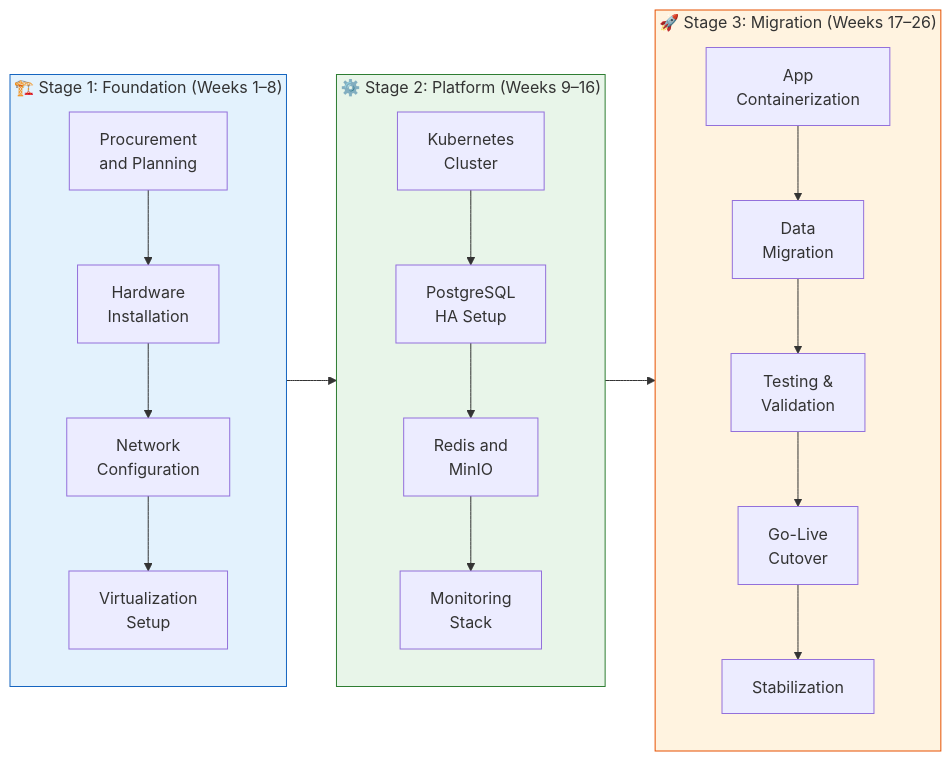
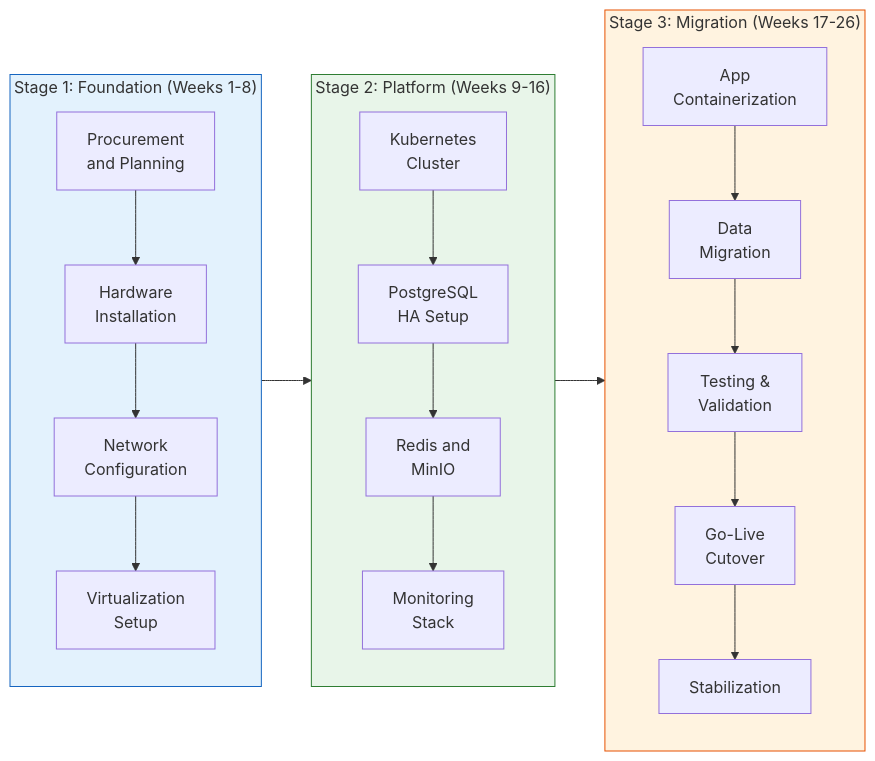
Before and after one commit to Shasi19/Azure-VxRail-VMware-Migration: the third of 6 diagrams in docs/Volume-2-Migration-Strategy/01-Migration-Overview.md, drawn with Mermaid. The commit also changed other lines of this file and 7 other files, not shown here.

First line of the commit message:
Fix all remaining Mermaid render issues across all files

````diff
--- a/docs/Volume-2-Migration-Strategy/01-Migration-Overview.md
+++ b/docs/Volume-2-Migration-Strategy/01-Migration-Overview.md
@@ -126,25 +126,25 @@
 ```mermaid
 graph LR
-    subgraph S1["🏗️ Stage 1: Foundation (Weeks 1–8)"]
+    subgraph S1["Stage 1: Foundation (Weeks 1-8)"]
         T1A[Procurement\nand Planning] --> T1B[Hardware\nInstallation]
         T1B --> T1C[Network\nConfiguration]
         T1C --> T1D[Virtualization\nSetup]
     end
-    subgraph S2["⚙️ Stage 2: Platform (Weeks 9–16)"]
+    subgraph S2["Stage 2: Platform (Weeks 9-16)"]
         T2A[Kubernetes\nCluster] --> T2B[PostgreSQL\nHA Setup]
         T2B --> T2C[Redis and\nMinIO]
         T2C --> T2D[Monitoring\nStack]
     end
-    subgraph S3["🚀 Stage 3: Migration (Weeks 17–26)"]
+    subgraph S3["Stage 3: Migration (Weeks 17-26)"]
         T3A[App\nContainerization] --> T3B[Data\nMigration]
         T3B --> T3C[Testing &\nValidation]
         T3C --> T3D[Go-Live\nCutover]
         T3D --> T3E[Stabilization]
     end
 
     S1 --> S2 --> S3
 
     style S1 fill:#e3f2fd,stroke:#1565c0
     style S2 fill:#e8f5e9,stroke:#2e7d32
     style S3 fill:#fff3e0,stroke:#e65100
 ```
````
